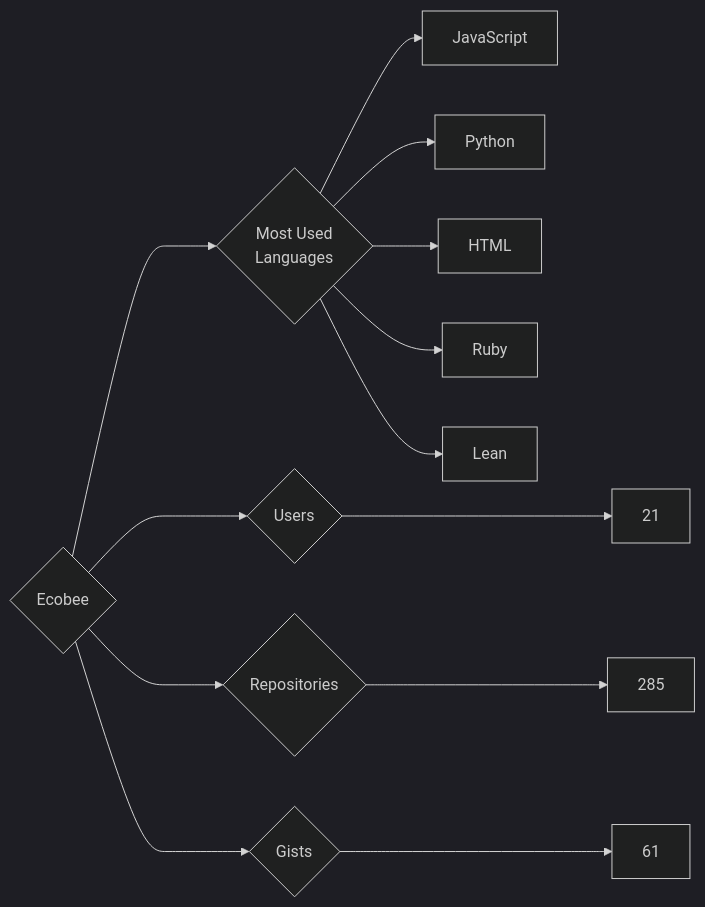
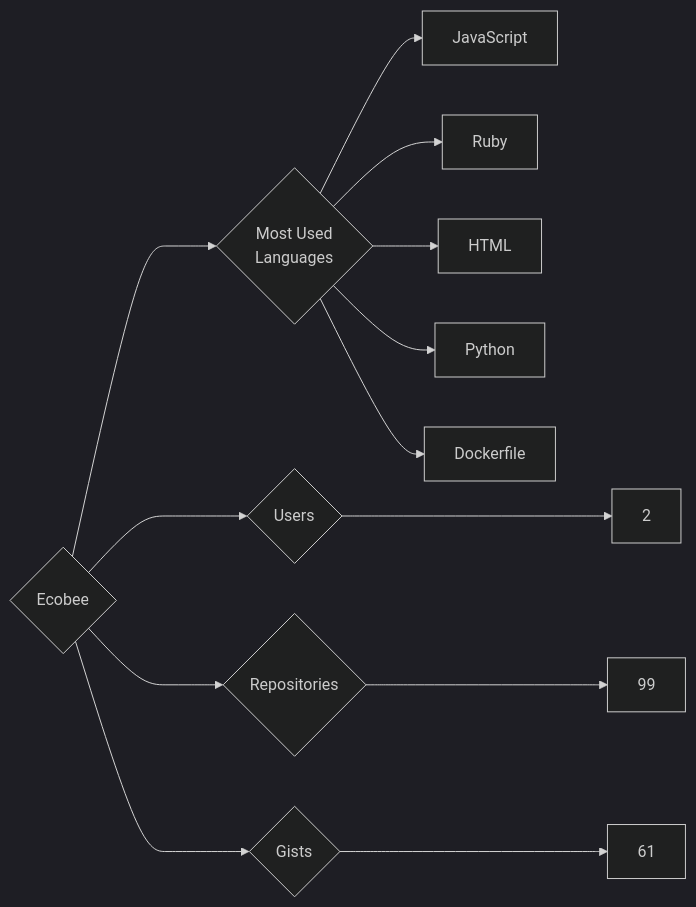
The diagram in targets/Ecobee/README.md (trickest/insiders), drawn with Mermaid (dark theme) before and after one commit. The commit also changed 874 other files, not shown here.

````diff
--- a/targets/Ecobee/README.md
+++ b/targets/Ecobee/README.md
@@ -3,13 +3,13 @@
 ```mermaid
 graph LR
 COMPANY_NAME{Ecobee}
-COMPANY_NAME ---> U{Users} ---> UN[21]
-COMPANY_NAME ---> R{Repositories} ---> RN[285]
+COMPANY_NAME ---> U{Users} ---> UN[2]
+COMPANY_NAME ---> R{Repositories} ---> RN[99]
 COMPANY_NAME ---> G{Gists} ---> GN[61]
 COMPANY_NAME ---> ML{Most Used<br>Languages}
 ML --> JavaScript[JavaScript]
+ML --> Ruby[Ruby]
+ML --> HTML[HTML]
 ML --> Python[Python]
-ML --> HTML[HTML]
-ML --> Ruby[Ruby]
-ML --> Lean[Lean]
+ML --> Dockerfile[Dockerfile]
 ```
````
